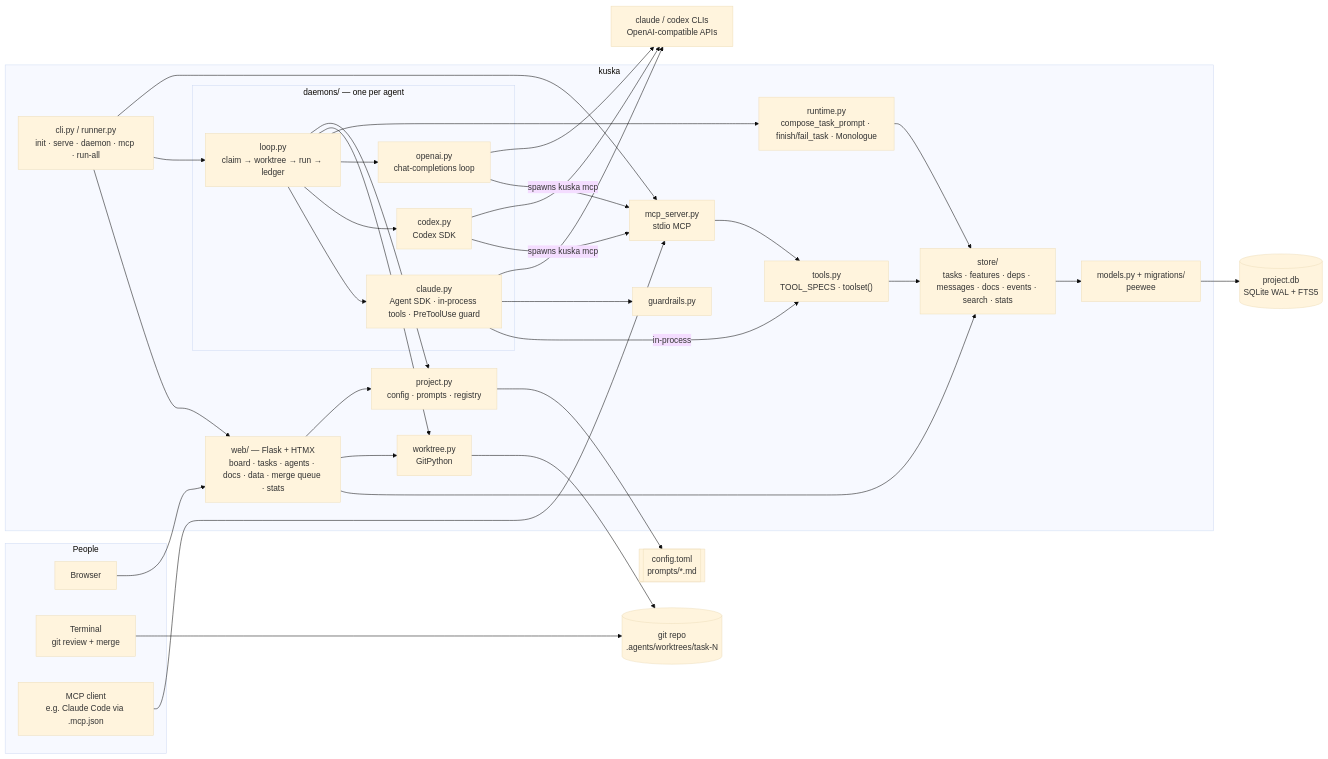
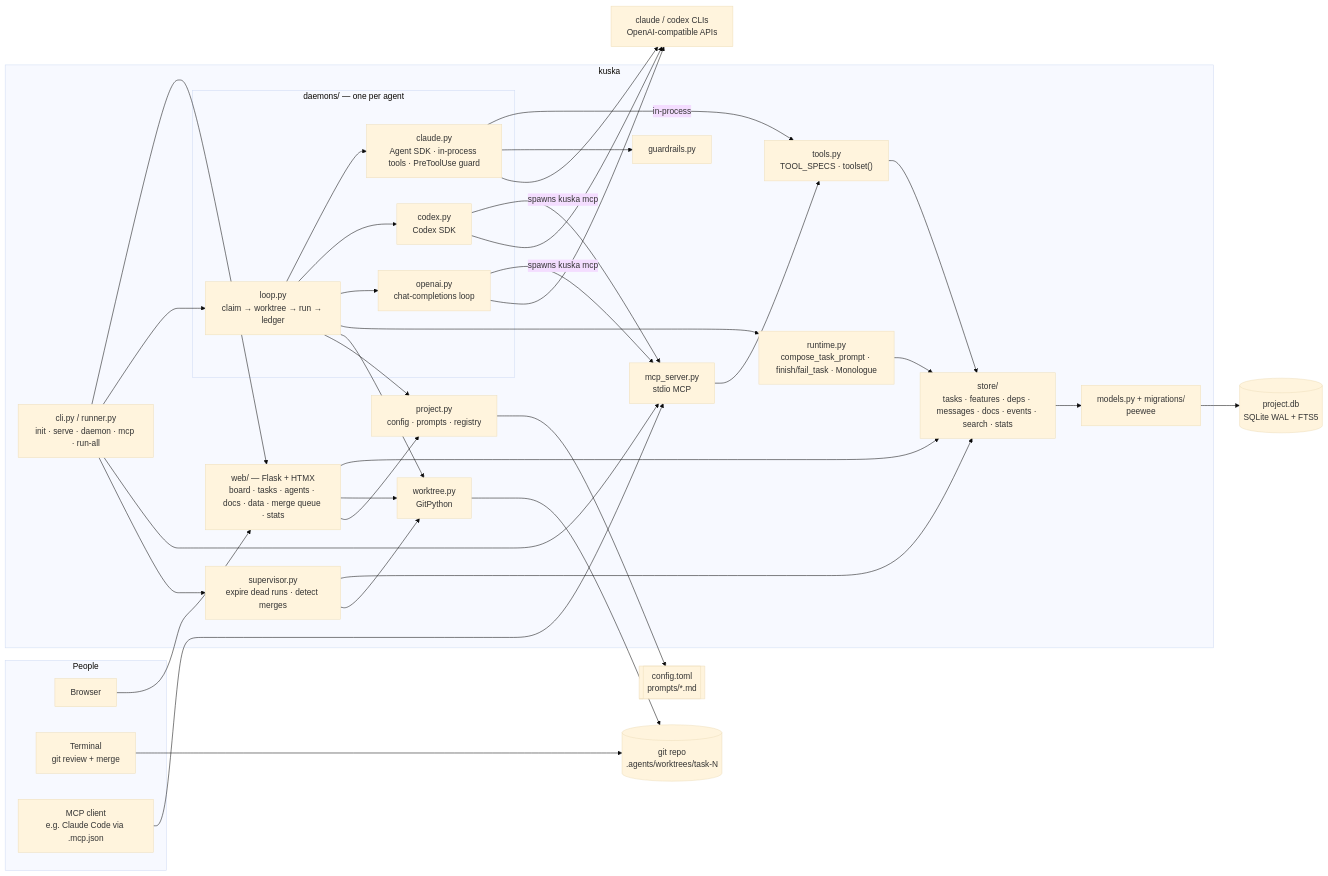
Before and after one commit to mberacochea/kuska: the first of 2 diagrams in docs/architecture.md, drawn with Mermaid (base theme). The commit also changed other lines of this file and 9 other files, not shown here.

````diff
--- a/docs/architecture.md
+++ b/docs/architecture.md
@@ -10,51 +10,53 @@
 ```mermaid
 flowchart LR
   subgraph People
     Browser["Browser"]
     Terminal["Terminal<br/>git review + merge"]
     OpClient["MCP client<br/>e.g. Claude Code via .mcp.json"]
   end
 
   subgraph Kuska["kuska"]
     CLI["cli.py / runner.py<br/>init · serve · daemon · mcp · run-all"]
     Web["web/ — Flask + HTMX<br/>board · tasks · agents · docs · data · merge queue · stats"]
     MCP["mcp_server.py<br/>stdio MCP"]
     Tools["tools.py<br/>TOOL_SPECS · toolset()"]
     subgraph Daemons["daemons/ — one per agent"]
       Loop["loop.py<br/>claim → worktree → run → ledger"]
       Claude["claude.py<br/>Agent SDK · in-process tools · PreToolUse guard"]
       Codex["codex.py<br/>Codex SDK"]
       OAI["openai.py<br/>chat-completions loop"]
     end
     Runtime["runtime.py<br/>compose_task_prompt · finish/fail_task · Monologue"]
     Guard["guardrails.py"]
     WT["worktree.py<br/>GitPython"]
+    Supervisor["supervisor.py<br/>expire dead runs · detect merges"]
     Project["project.py<br/>config · prompts · registry"]
     Store["store/<br/>tasks · features · deps · messages · docs · events · search · stats"]
     Models["models.py + migrations/<br/>peewee"]
   end
 
   DB[("project.db<br/>SQLite WAL + FTS5")]
   Cfg[["config.toml<br/>prompts/*.md"]]
   Repo[("git repo<br/>.agents/worktrees/task-N")]
   LLM["claude / codex CLIs<br/>OpenAI-compatible APIs"]
 
   Browser --> Web
   OpClient --> MCP
   Terminal --> Repo
-  CLI --> Web & Loop & MCP
+  CLI --> Web & Loop & MCP & Supervisor
+  Supervisor --> Store & WT
   Loop --> Claude & Codex & OAI
   Loop --> Runtime & WT & Project
   Claude -->|in-process| Tools
   Claude --> Guard
   Codex -->|spawns kuska mcp| MCP
   OAI -->|spawns kuska mcp| MCP
   MCP --> Tools
   Tools --> Store
   Runtime --> Store
   Web --> Store & WT & Project
   Store --> Models --> DB
   Project --> Cfg
   WT --> Repo
   Claude & Codex & OAI --> LLM
 ```
````
